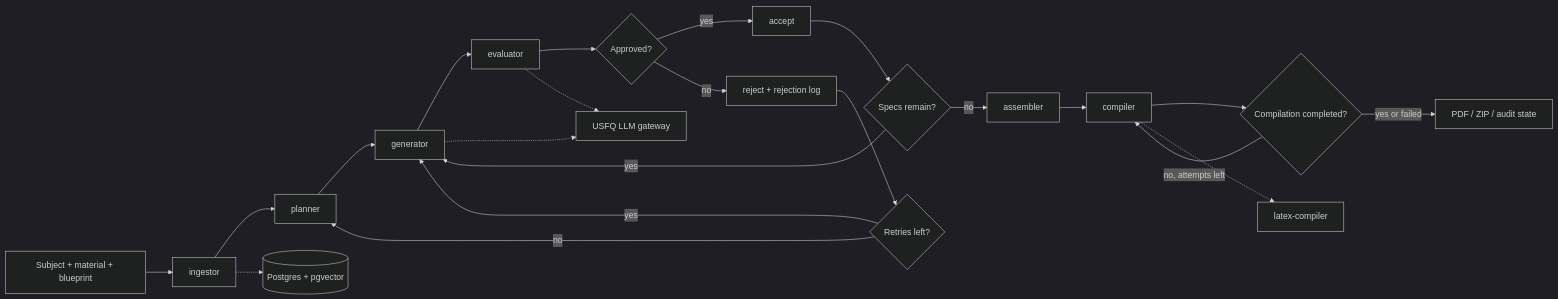
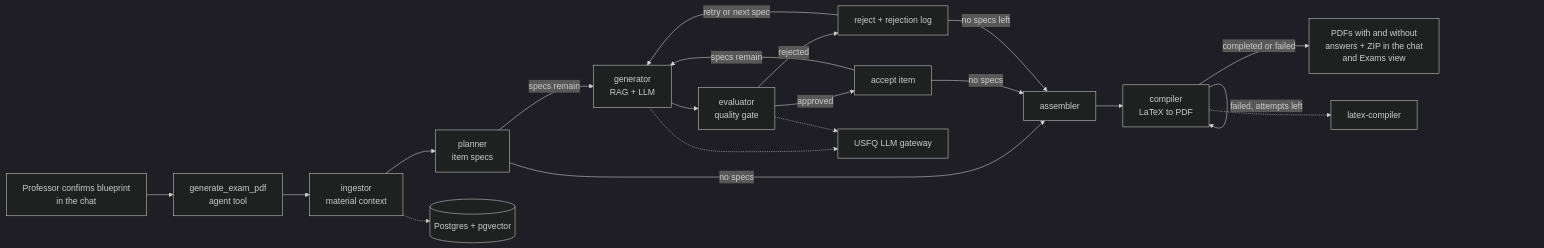
Before and after one commit to danilo-pilacuan/examgen-project: the sixth of 26 diagrams in docs/graphs.md, drawn with Mermaid (dark theme). The commit also changed other lines of this file and 5 other files, not shown here.

First line of the commit message:
docs(graphs): restrict graphs to user mode and add thesis view

````diff
--- a/docs/graphs.md
+++ b/docs/graphs.md
@@ -186,24 +191,22 @@
 ```mermaid
 flowchart LR
-    input["Subject + material + blueprint"] --> ingestor["ingestor"]
-    ingestor --> planner["planner"]
-    planner --> generator["generator"]
-    generator --> evaluator["evaluator"]
-    evaluator --> route{"Approved?"}
-    route -->|"yes"| accept["accept"]
-    route -->|"no"| reject["reject + rejection log"]
-    reject --> retry{"Retries left?"}
-    retry -->|"yes"| generator
-    retry -->|"no"| planner
-    accept --> remaining{"Specs remain?"}
-    remaining -->|"yes"| generator
-    remaining -->|"no"| assembler["assembler"]
-    assembler --> compiler["compiler"]
-    compiler --> compile_retry{"Compilation completed?"}
-    compile_retry -->|"no, attempts left"| compiler
-    compile_retry -->|"yes or failed"| output["PDF / ZIP / audit state"]
-    ingestor -.-> db[("Postgres + pgvector")]
+    chat["Professor confirms blueprint<br/>in the chat"] --> tool["generate_exam_pdf<br/>agent tool"]
+    tool --> ingestor["ingestor<br/>material context"]
+    ingestor --> planner["planner<br/>item specs"]
+    planner -->|"specs remain"| generator["generator<br/>RAG + LLM"]
+    planner -->|"no specs"| assembler["assembler"]
+    generator --> evaluator["evaluator<br/>quality gate"]
+    evaluator -->|"approved"| accept["accept item"]
+    evaluator -->|"rejected"| reject["reject + rejection log"]
+    accept -->|"specs remain"| generator
+    accept -->|"no specs"| assembler
+    reject -->|"retry or next spec"| generator
+    reject -->|"no specs left"| assembler
+    assembler --> compiler["compiler<br/>LaTeX to PDF"]
+    compiler -->|"failed, attempts left"| compiler
+    compiler -->|"completed or failed"| output["PDFs with and without<br/>answers + ZIP in the chat<br/>and Exams view"]
+    ingestor -.-> rag[("Postgres + pgvector")]
     generator -.-> llm["USFQ LLM gateway"]
     evaluator -.-> llm
     compiler -.-> latex["latex-compiler"]
 ```
````
